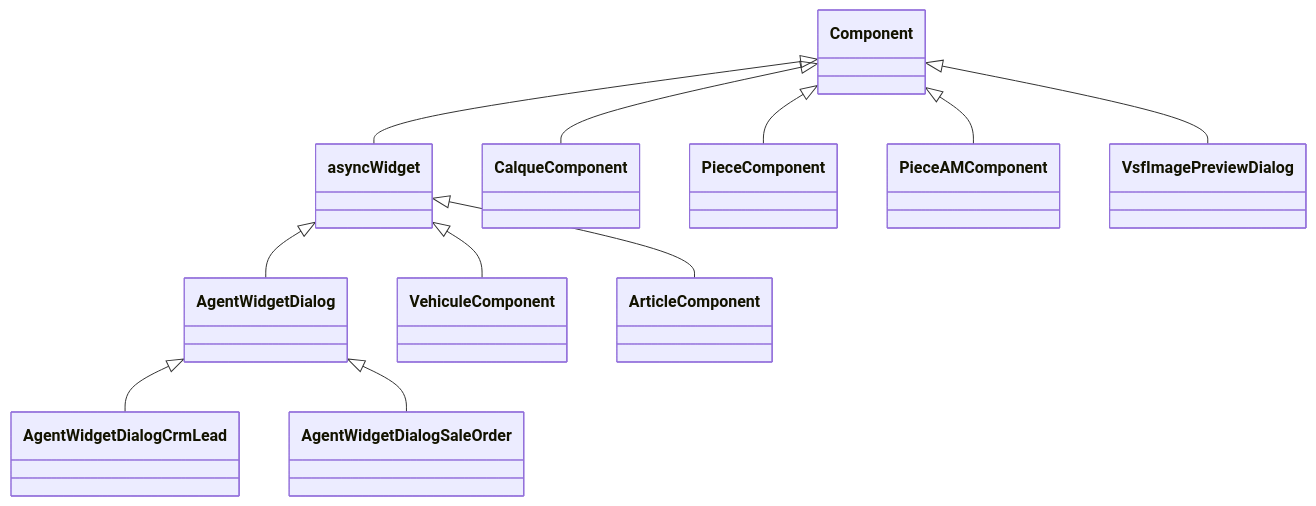
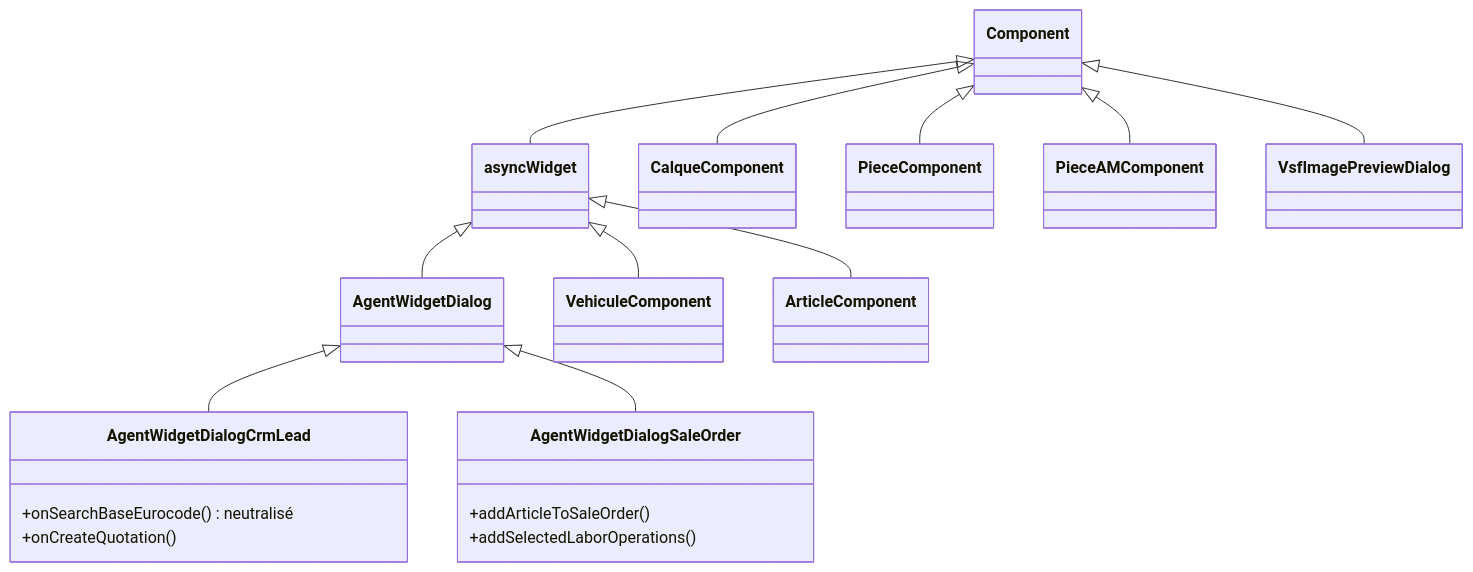
Before and after one commit to rpbmSdk/rpbm: the second of 4 diagrams in rpbm_agent/docs/technique/frontend.md, drawn with Mermaid. The commit also changed other lines of this file and 13 other files, not shown here.

````diff
--- a/rpbm_agent/docs/technique/frontend.md
+++ b/rpbm_agent/docs/technique/frontend.md
@@ -66,25 +66,31 @@
 ```mermaid
 classDiagram
     class Component
     class asyncWidget
     class AgentWidgetDialog
-    class AgentWidgetDialogCrmLead
-    class AgentWidgetDialogSaleOrder
+    class AgentWidgetDialogCrmLead {
+        +onSearchBaseEurocode() neutralisé
+        +onCreateQuotation()
+    }
+    class AgentWidgetDialogSaleOrder {
+        +addArticleToSaleOrder()
+        +addSelectedLaborOperations()
+    }
     class VehiculeComponent
     class ArticleComponent
     class CalqueComponent
     class PieceComponent
     class PieceAMComponent
     class VsfImagePreviewDialog
 
     Component <|-- asyncWidget
     asyncWidget <|-- AgentWidgetDialog
     AgentWidgetDialog <|-- AgentWidgetDialogCrmLead
     AgentWidgetDialog <|-- AgentWidgetDialogSaleOrder
     asyncWidget <|-- VehiculeComponent
     asyncWidget <|-- ArticleComponent
     Component <|-- CalqueComponent
     Component <|-- PieceComponent
     Component <|-- PieceAMComponent
     Component <|-- VsfImagePreviewDialog
 ```
````
